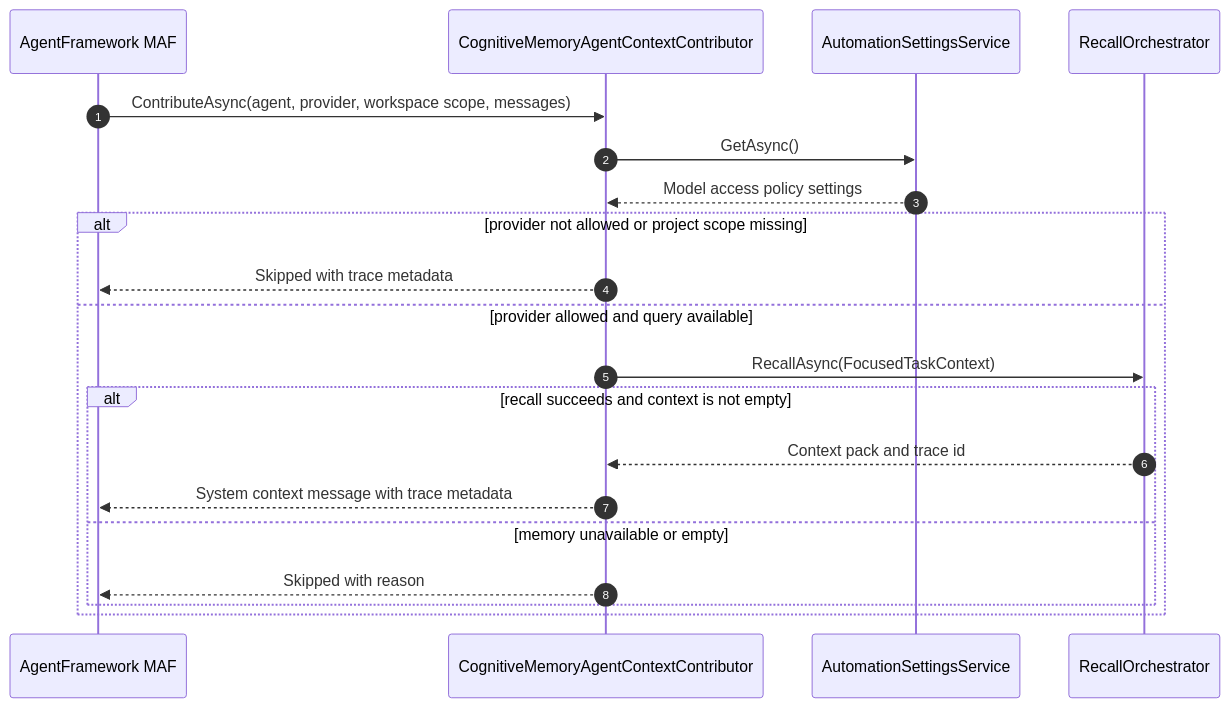
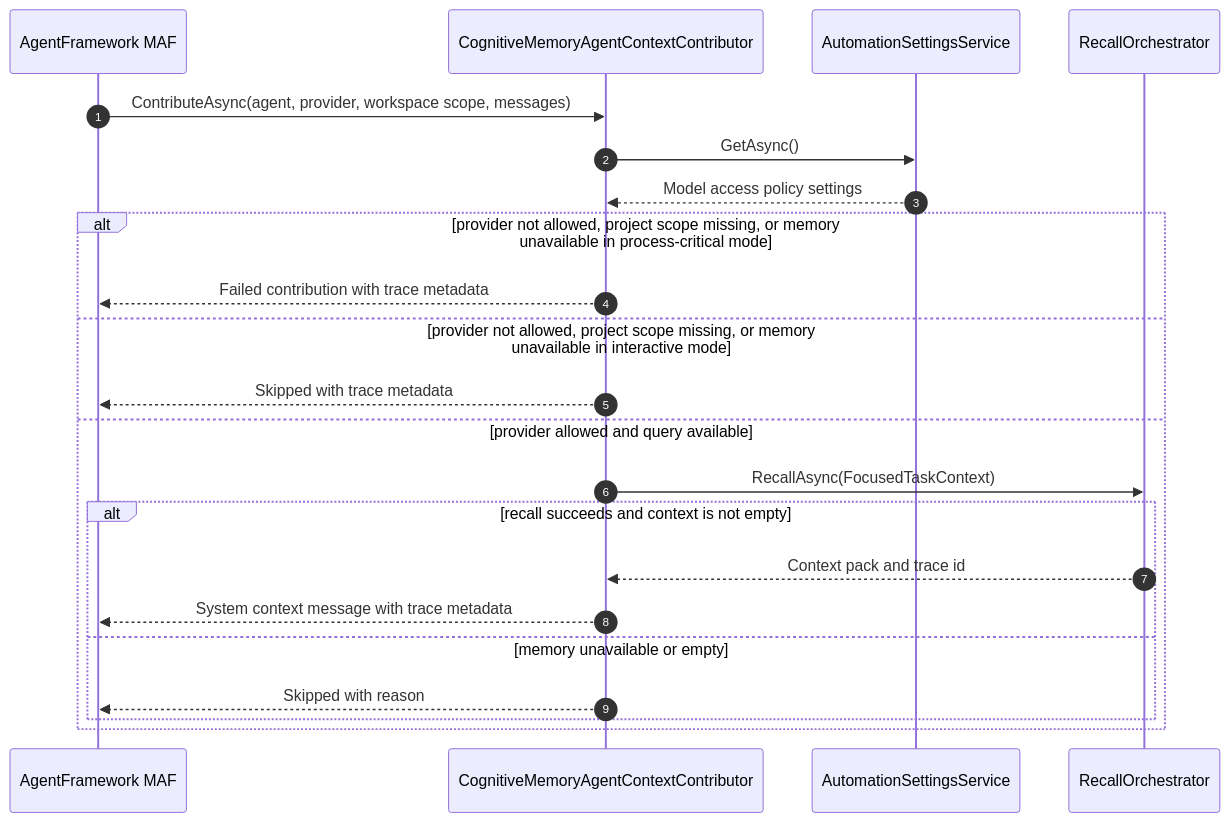
One commit to fyziktom/CanDoItAll changed the sixth of 6 diagrams in docs/cognitive-memory/architecture/runtime-flows.md. Above: the diagram before and after it, drawn with Mermaid. The commit also changed other lines of this file and 66 other files, not shown here.

````diff
--- a/docs/cognitive-memory/architecture/runtime-flows.md
+++ b/docs/cognitive-memory/architecture/runtime-flows.md
@@ -101,23 +151,25 @@
 ```mermaid
 sequenceDiagram
     autonumber
     participant Maf as AgentFramework MAF
     participant Contributor as CognitiveMemoryAgentContextContributor
     participant Settings as AutomationSettingsService
     participant Recall as RecallOrchestrator
 
     Maf->>Contributor: ContributeAsync(agent, provider, workspace scope, messages)
     Contributor->>Settings: GetAsync()
     Settings-->>Contributor: Model access policy settings
-    alt provider not allowed or project scope missing
+    alt provider not allowed, project scope missing, or memory unavailable in process-critical mode
+        Contributor-->>Maf: Failed contribution with trace metadata
+    else provider not allowed, project scope missing, or memory unavailable in interactive mode
         Contributor-->>Maf: Skipped with trace metadata
     else provider allowed and query available
         Contributor->>Recall: RecallAsync(FocusedTaskContext)
         alt recall succeeds and context is not empty
             Recall-->>Contributor: Context pack and trace id
             Contributor-->>Maf: System context message with trace metadata
         else memory unavailable or empty
             Contributor-->>Maf: Skipped with reason
         end
     end
 ```
````
